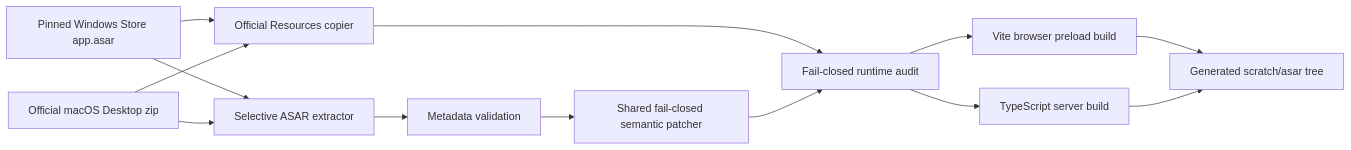
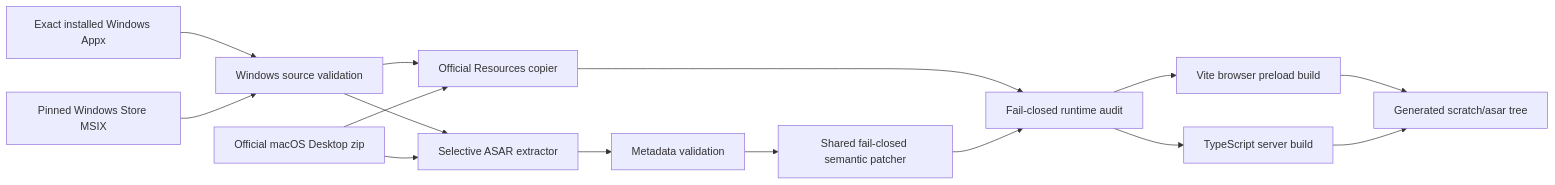
Before and after one commit to G-TTYg/codex-web: the diagram in ARCHITECTURE.md, drawn with Mermaid. The commit also changed other lines of this file and 10 other files, not shown here.

First line of the commit message:
feat: acquire pinned Windows desktop package

````diff
--- a/ARCHITECTURE.md
+++ b/ARCHITECTURE.md
@@ -9,15 +9,17 @@
 ```mermaid
 flowchart LR
-  W["Pinned Windows Store app.asar"] --> E["Selective ASAR extractor"]
+  WI["Exact installed Windows Appx"] --> WV["Windows source validation"]
+  WM["Pinned Windows Store MSIX"] --> WV
+  WV --> E["Selective ASAR extractor"]
   U["Official macOS Desktop zip"] --> E
-  W --> R["Official Resources copier"]
+  WV --> R["Official Resources copier"]
   U --> R
   E --> M["Metadata validation"]
   R --> A["Fail-closed runtime audit"]
   M --> P["Shared fail-closed semantic patcher"]
   P --> A
   A --> V["Vite browser preload build"]
   A --> S["TypeScript server build"]
   V --> O["Generated scratch/asar tree"]
   S --> O
 ```
````
